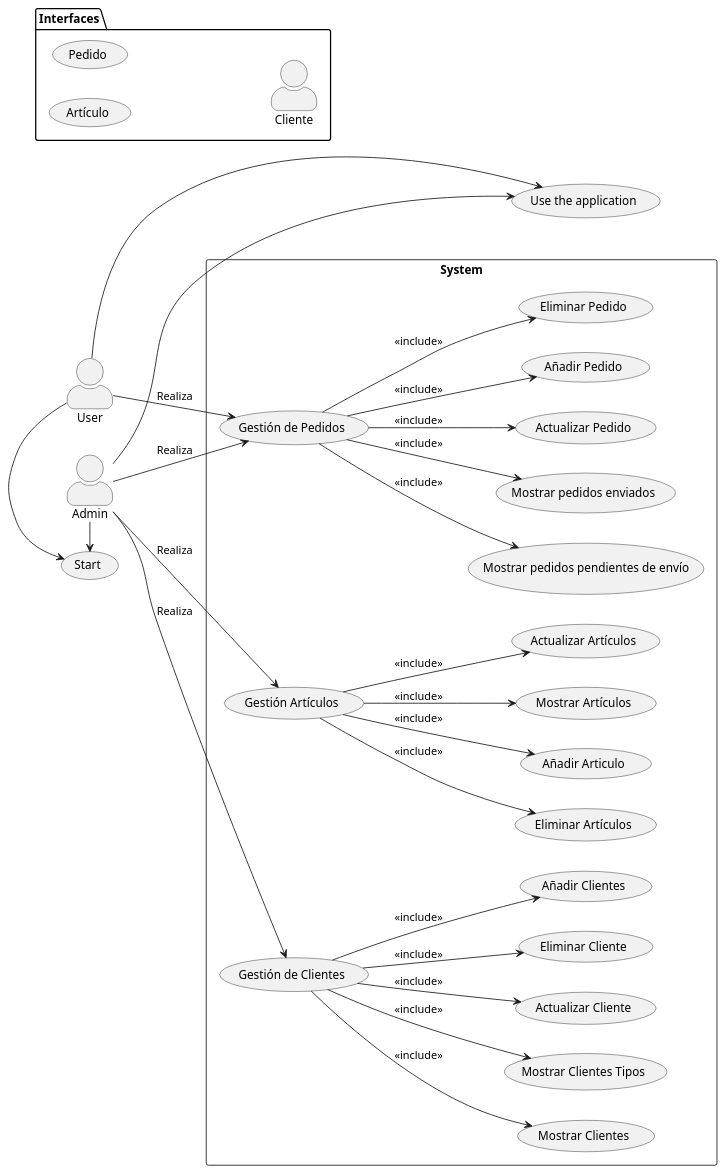
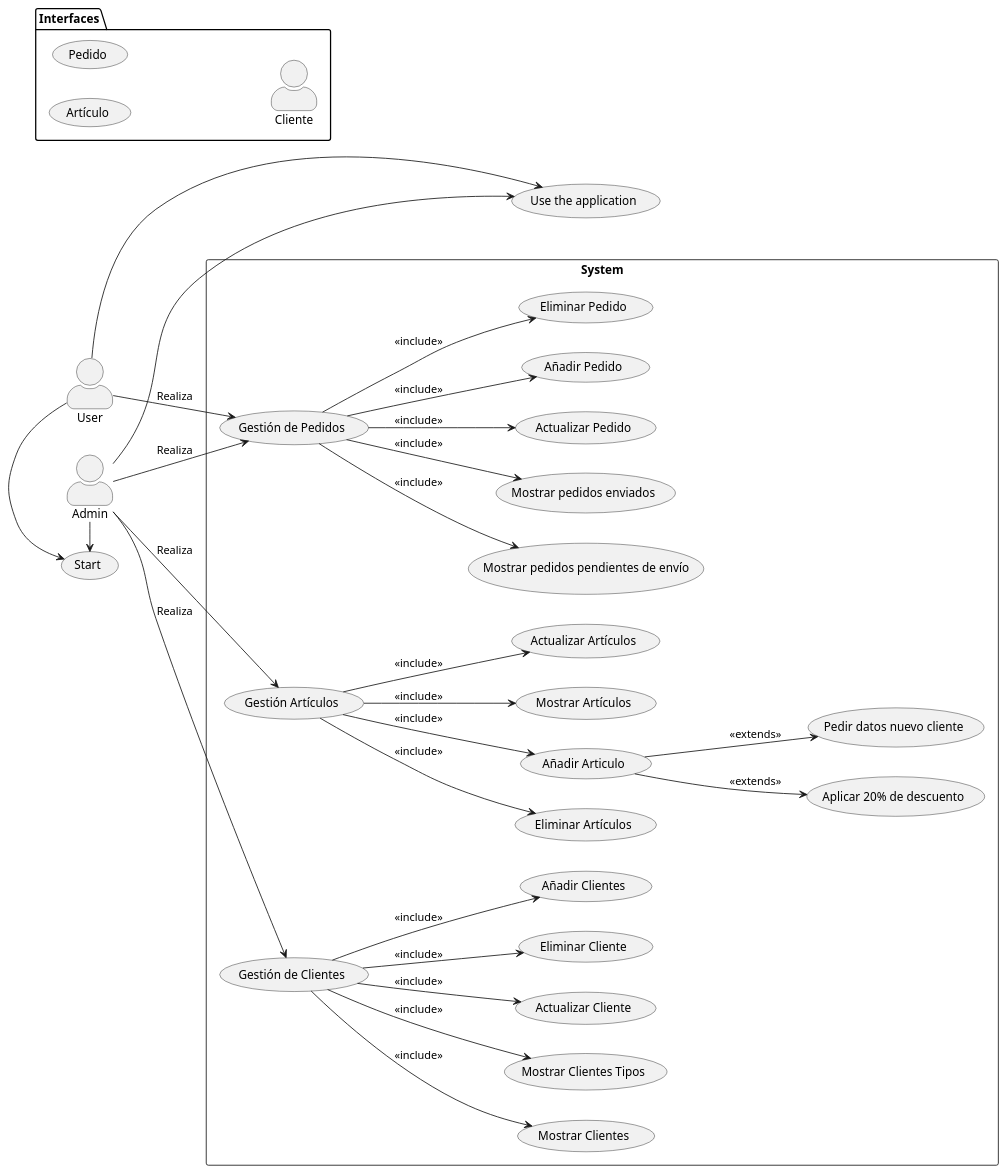
Before and after one commit to Warrio111/Datamasters: the diagram in src/Documentation/UML/RobertBenavides/Diagrama_CasosDeUso_UML.puml, drawn with PlantUML. The commit also changed 3 other files, not shown here.

Commit message:
Robert UML diagrams Updated

```diff
--- a/src/Documentation/UML/RobertBenavides/Diagrama_CasosDeUso_UML.puml
+++ b/src/Documentation/UML/RobertBenavides/Diagrama_CasosDeUso_UML.puml
@@ -1,68 +1,72 @@
 @startuml
 skinparam actorStyle awesome
 left to right direction
 package Interfaces {
 :Artículo: as (Articulo)
 :Pedido: as (Pedido)
 :Cliente: as Cliente
 }
 (Use the application) as (Use)
 
 User -> (Start)
 User --> (Use)
 
 :Admin: as Admin
 Admin -> (Start)
 Admin ---> (Use)
 rectangle System {
 ' Casos de Uso para la Gestión de Artículos
 :Gestión Artículos: as (GestionArticulos)
 :Añadir Articulo: as (AnadirArticulo)
 :Mostrar Artículos: as (MostrarArticulos)
 :Actualizar Artículos: as (ActualizarArticulos)
 :Eliminar Artículos: as (EliminarArticulos)
+:Aplicar 20% de descuento: as (Aplicar 20% de descuento)
+:Pedir datos nuevo cliente: as (Pedir datos nuevo cliente)
 
 ' Casos de Uso para la Gestión de Clientes
 :Gestión de Clientes: as (GestionClientes)
 :Añadir Clientes: as (AnadirClientes)
 :Mostrar Clientes: as (MostrarClientes)
 :Mostrar Clientes Tipos: as (MostrarClientesTipo)
 :Actualizar Cliente: as (ActualizarCliente)
 :Eliminar Cliente: as (EliminarCliente)
 
 ' Casos de Uso para la Gestión de Pedidos
 :Gestión de Pedidos: as (GestionPedidos)
 :Añadir Pedido: as (AnadirPedido)
 :Eliminar Pedido: as (EliminarPedido)
 :Mostrar pedidos pendientes de envío: as (MostrarPedidosPend)
 :Mostrar pedidos enviados: as (MostrarPedidosEnviados)
 :Actualizar Pedido: as (ActualizarPedido)
 }
 
 
 ' Relaciones entre los Actores y los Casos de Uso
 
 Admin --> GestionArticulos : Realiza
 Admin --> GestionClientes : Realiza
 Admin --> GestionPedidos : Realiza
 User --> GestionPedidos : Realiza
 
 
 ' Relaciones entre los Casos de Uso
-(GestionArticulos) --> AnadirArticulo : <<include>>
+(GestionArticulos) --> (AnadirArticulo) : <<include>>
+(AnadirArticulo) --> (Aplicar 20% de descuento) : <<extends>>
+(AnadirArticulo) --> (Pedir datos nuevo cliente) : <<extends>>
 (GestionArticulos) --> MostrarArticulos : <<include>>
 (GestionArticulos) --> ActualizarArticulos : <<include>>
 (GestionArticulos) --> EliminarArticulos : <<include>>
 (GestionClientes) --> AnadirClientes : <<include>>
 (GestionClientes) --> MostrarClientes : <<include>>
 (GestionClientes) --> MostrarClientesTipo : <<include>>
 (GestionClientes) --> ActualizarCliente : <<include>>
 (GestionClientes) --> EliminarCliente : <<include>>
 (GestionPedidos) --> AnadirPedido : <<include>>
 (GestionPedidos) --> MostrarPedidosPend : <<include>>
 (GestionPedidos) --> MostrarPedidosEnviados : <<include>>
 (GestionPedidos) --> ActualizarPedido : <<include>>
 (GestionPedidos) --> EliminarPedido : <<include>>
 
 
 @enduml
```
